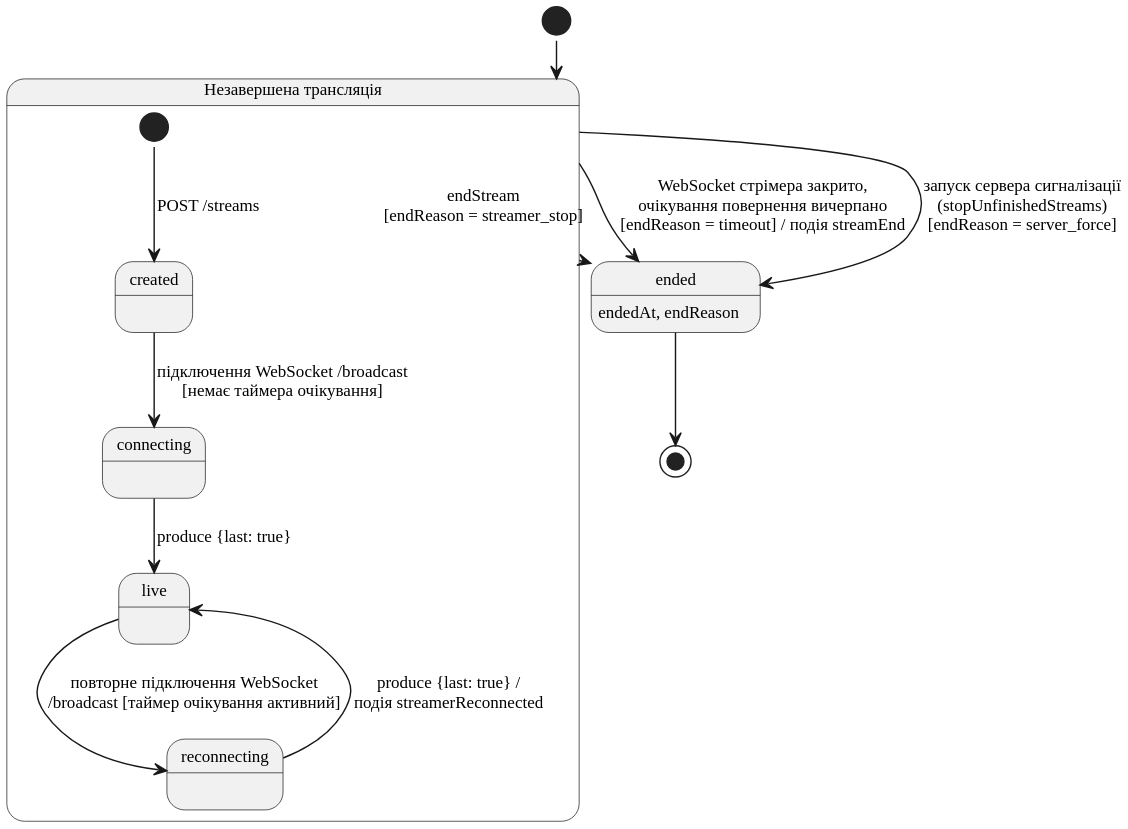
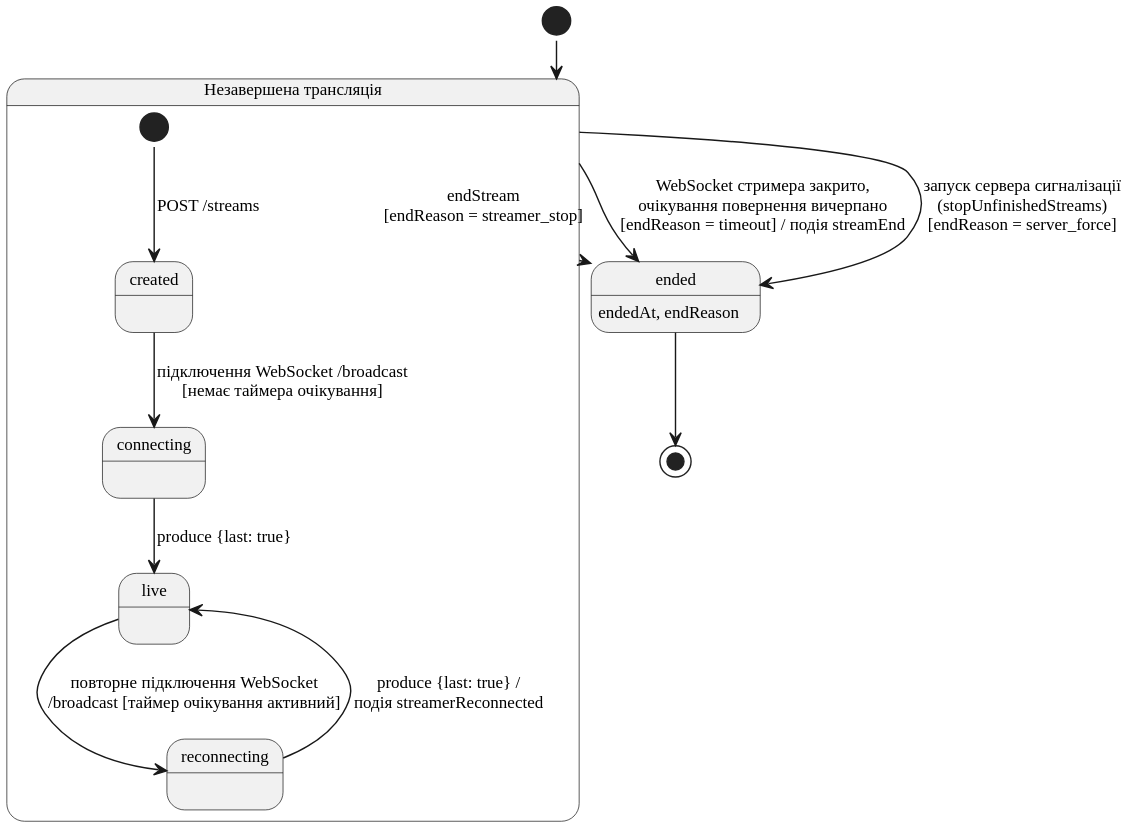
Before and after one commit to Nikitos1926/stream-share: the diagram in thesis/diagrams/fig-state-stream.puml, drawn with PlantUML. The commit also changed 37 other files, not shown here.

```diff
--- a/thesis/diagrams/fig-state-stream.puml
+++ b/thesis/diagrams/fig-state-stream.puml
@@ -1,29 +1,29 @@
 @startuml
 !pragma layout smetana
 skinparam defaultFontName "Liberation Serif"
 skinparam dpi 200
 skinparam shadowing false
 skinparam monochrome true
 skinparam defaultFontSize 12
 
 state "Незавершена трансляція" as Active {
   state "created" as created
   state "connecting" as connecting
   state "live" as live
   state "reconnecting" as reconnecting
 
   [*] --> created : POST /streams
   created --> connecting : підключення WebSocket /broadcast\n[немає таймера очікування]
   connecting --> live : produce {last: true}
   live --> reconnecting : повторне підключення WebSocket\n/broadcast [таймер очікування активний]
   reconnecting --> live : produce {last: true} /\nподія streamerReconnected
 }
 
 state "ended" as ended : endedAt, endReason
 
 [*] --> Active
 Active --> ended : endStream\n[endReason = streamer_stop]
-Active --> ended : WebSocket стрімера закрито,\nочікування повернення вичерпано\n[endReason = timeout] / подія streamEnd
+Active --> ended : WebSocket стримера закрито,\nочікування повернення вичерпано\n[endReason = timeout] / подія streamEnd
 Active --> ended : запуск сервера сигналізації\n(stopUnfinishedStreams)\n[endReason = server_force]
 ended --> [*]
 @enduml
```
